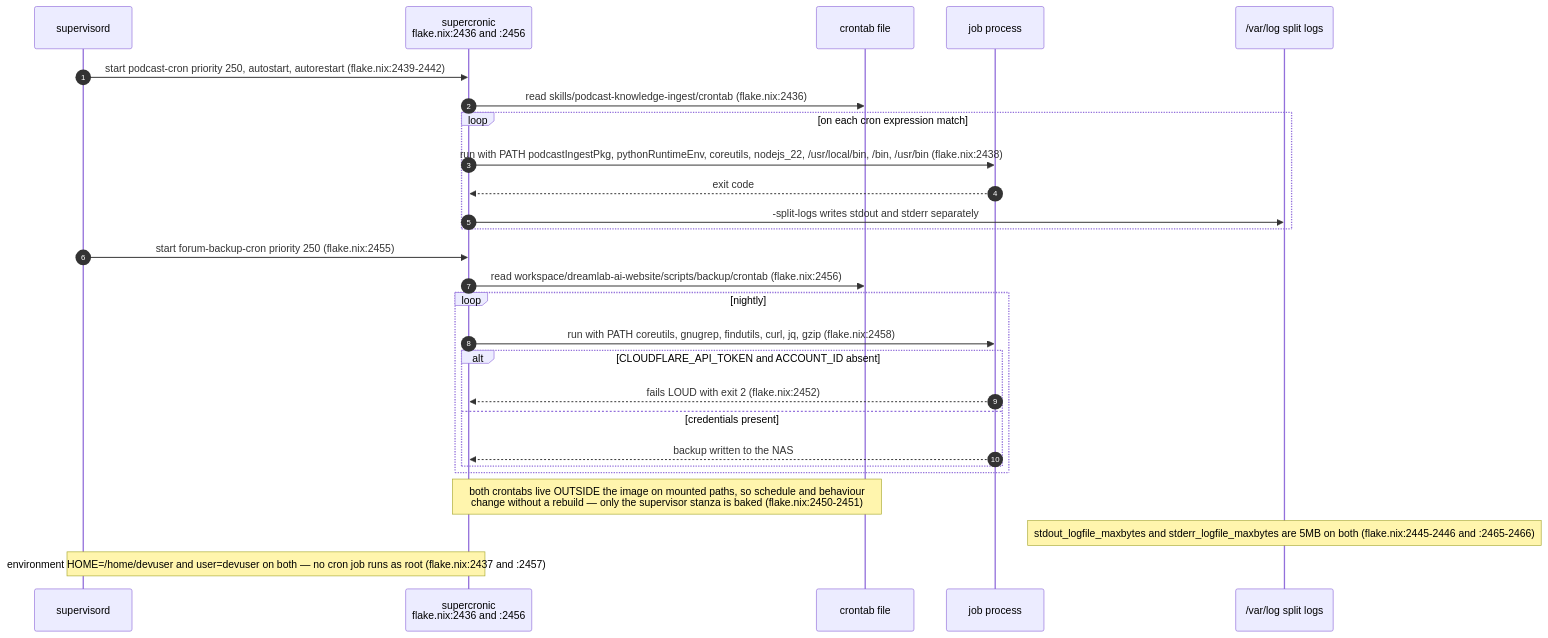
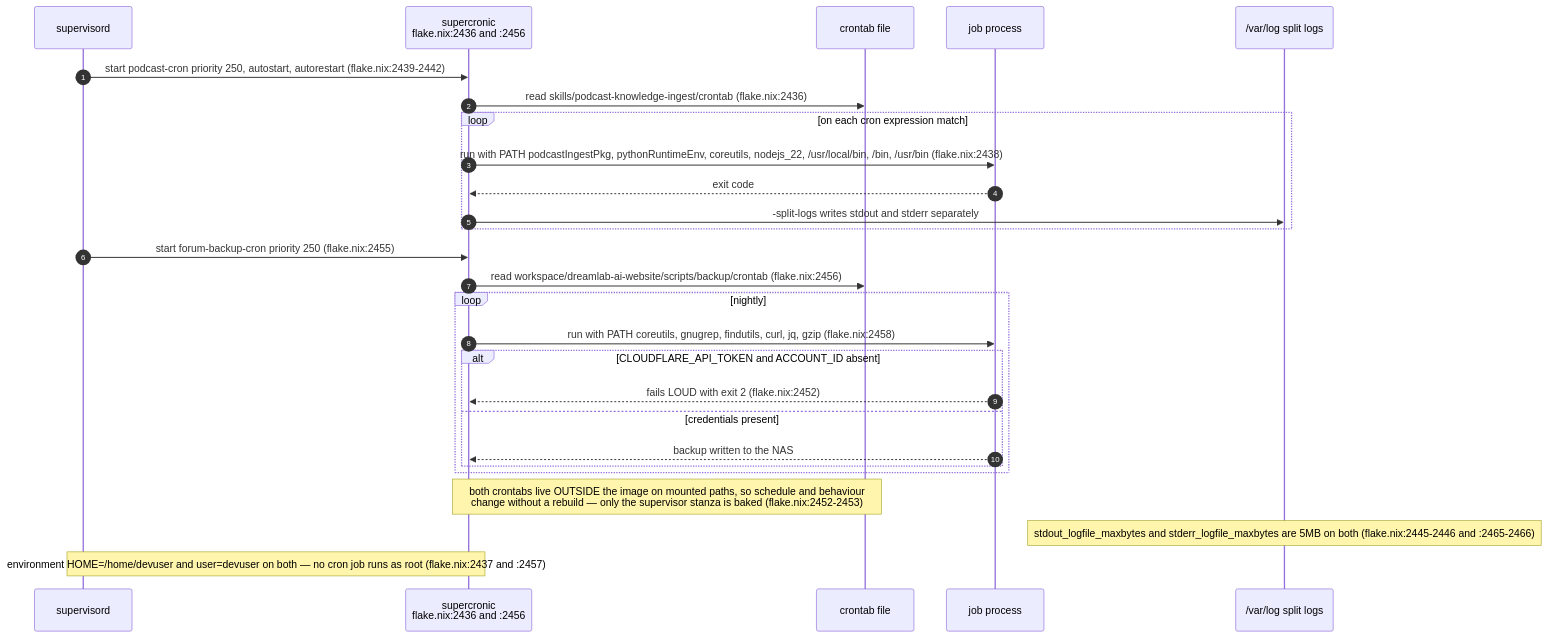
Before and after one commit to DreamLab-AI/VisionFlow: the seventh of 9 diagrams in docs/diagrams/agentbox/07-daemons-reapers-cron-backups.md, drawn with Mermaid. The commit also changed other lines of this file and 52 other files, not shown here.

First line of the commit message:
docs(diagrams): wave 3 checkpoint — bare line refs resolved, revision-pinned cite-check, VC-05/AB-01..13 re-attested

````diff
--- a/docs/diagrams/agentbox/07-daemons-reapers-cron-backups.md
+++ b/docs/diagrams/agentbox/07-daemons-reapers-cron-backups.md
@@ -282,30 +282,30 @@
 ```mermaid
 sequenceDiagram
     autonumber
     participant SUP as supervisord
     participant SC as supercronic<br/>flake.nix:2436 and :2456
     participant CT as crontab file
     participant J as job process
     participant L as /var/log split logs
 
     SUP->>SC: start podcast-cron priority 250, autostart, autorestart (flake.nix:2439-2442)
     SC->>CT: read skills/podcast-knowledge-ingest/crontab (flake.nix:2436)
     loop on each cron expression match
         SC->>J: run with PATH podcastIngestPkg, pythonRuntimeEnv, coreutils, nodejs_22, /usr/local/bin, /bin, /usr/bin (flake.nix:2438)
         J-->>SC: exit code
         SC->>L: -split-logs writes stdout and stderr separately
     end
     SUP->>SC: start forum-backup-cron priority 250 (flake.nix:2455)
     SC->>CT: read workspace/dreamlab-ai-website/scripts/backup/crontab (flake.nix:2456)
     loop nightly
         SC->>J: run with PATH coreutils, gnugrep, findutils, curl, jq, gzip (flake.nix:2458)
         alt CLOUDFLARE_API_TOKEN and ACCOUNT_ID absent
             J-->>SC: fails LOUD with exit 2 (flake.nix:2452)
         else credentials present
             J-->>SC: backup written to the NAS
         end
     end
-    Note over SC,CT: both crontabs live OUTSIDE the image on mounted paths, so schedule and behaviour<br/>change without a rebuild — only the supervisor stanza is baked (flake.nix:2450-2451)
+    Note over SC,CT: both crontabs live OUTSIDE the image on mounted paths, so schedule and behaviour<br/>change without a rebuild — only the supervisor stanza is baked (flake.nix:2452-2453)
     Note over L: stdout_logfile_maxbytes and stderr_logfile_maxbytes are 5MB on both (flake.nix:2445-2446 and :2465-2466)
     Note over SUP,SC: environment HOME=/home/devuser and user=devuser on both — no cron job runs as root (flake.nix:2437 and :2457)
 ```
````
